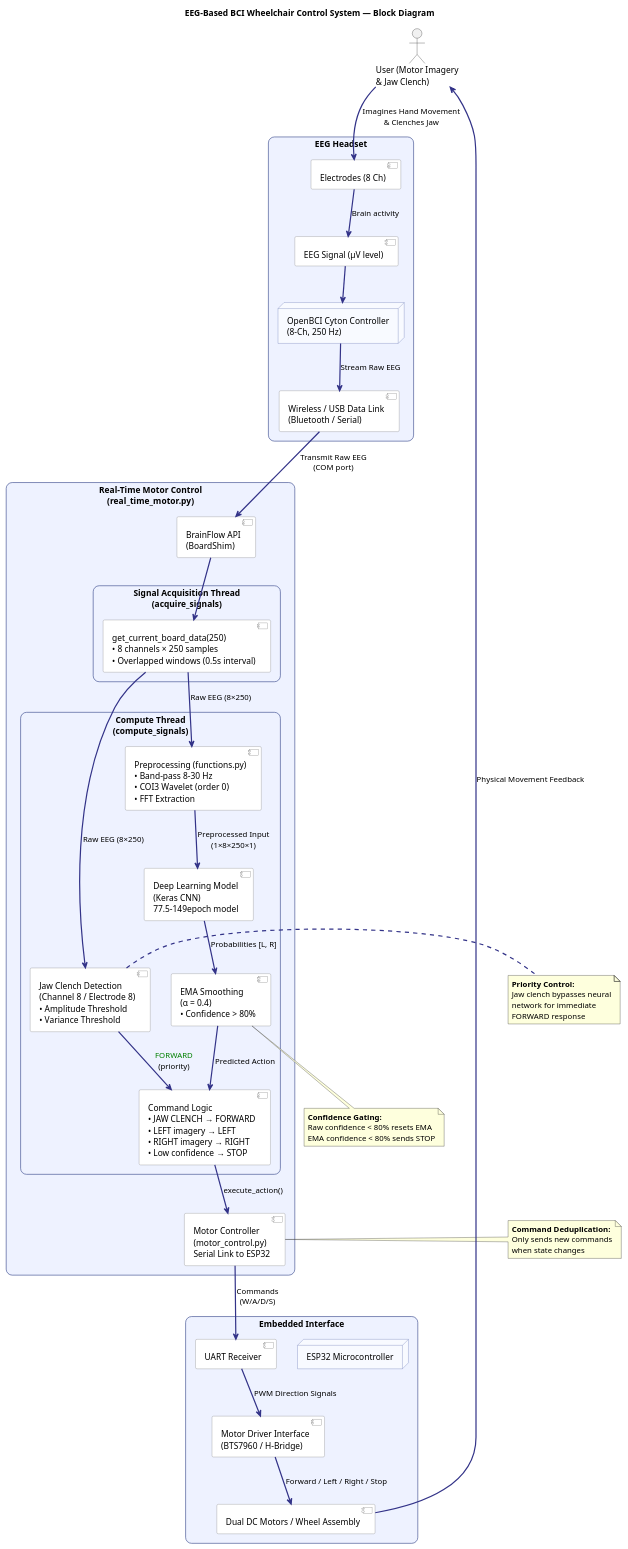
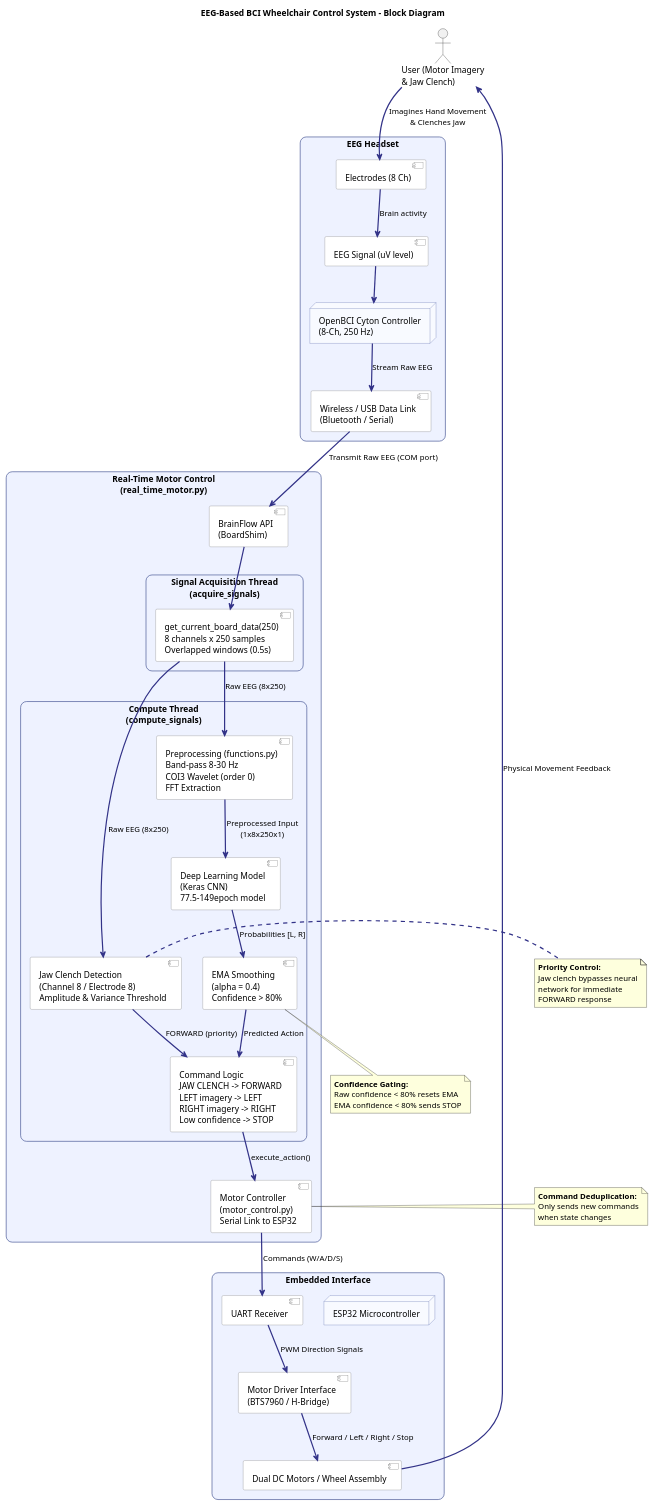
Before and after one commit to GreyMyers/EEG-Neural-Network: the diagram in docs/flow.puml, drawn with PlantUML.

```diff
--- a/docs/flow.puml
+++ b/docs/flow.puml
@@ -1,103 +1,103 @@
-@startuml
-title EEG-Based BCI Wheelchair Control System — Block Diagram
+@startuml name
+title EEG-Based BCI Wheelchair Control System - Block Diagram
 
 skinparam rectangle {
   BackgroundColor #EEF2FF
   BorderColor #334488
   RoundCorner 20
 }
 skinparam node {
   BackgroundColor #F8FAFF
   BorderColor #5566AA
   RoundCorner 15
 }
 skinparam component {
   BackgroundColor #FFFFFF
   BorderColor #777777
 }
 skinparam arrow {
   Thickness 2
   Color #333388
 }
 
 actor "User (Motor Imagery\n& Jaw Clench)" as User
 
 rectangle "EEG Headset" as Headset {
   component "Electrodes (8 Ch)" as Electrodes
   node "OpenBCI Cyton Controller\n(8-Ch, 250 Hz)" as Cyton
   component "Wireless / USB Data Link\n(Bluetooth / Serial)" as Comms
-  component "EEG Signal (μV level)" as EEG
+  component "EEG Signal (uV level)" as EEG
 
   ' Data flow inside the headset
   Electrodes --> EEG : Brain activity
   EEG --> Cyton
   Cyton --> Comms : Stream Raw EEG
 }
 
 rectangle "Real-Time Motor Control\n(real_time_motor.py)" as PC {
   component "BrainFlow API\n(BoardShim)" as Brainflow
   
   rectangle "Signal Acquisition Thread\n(acquire_signals)" as AcqThread {
-    component "get_current_board_data(250)\n• 8 channels × 250 samples\n• Overlapped windows (0.5s interval)" as DataBuffer
+    component "get_current_board_data(250)\n8 channels x 250 samples\nOverlapped windows (0.5s)" as DataBuffer
   }
   
   rectangle "Compute Thread\n(compute_signals)" as CompThread {
-    component "Jaw Clench Detection\n(Channel 8 / Electrode 8)\n• Amplitude Threshold\n• Variance Threshold" as JawDetect
+    component "Jaw Clench Detection\n(Channel 8 / Electrode 8)\nAmplitude & Variance Threshold" as JawDetect
     
-    component "Preprocessing (functions.py)\n• Band-pass 8–30 Hz\n• COI3 Wavelet (order 0)\n• FFT Extraction" as Preprocess
+    component "Preprocessing (functions.py)\nBand-pass 8-30 Hz\nCOI3 Wavelet (order 0)\nFFT Extraction" as Preprocess
     
     component "Deep Learning Model\n(Keras CNN)\n77.5-149epoch model" as Model
     
-    component "EMA Smoothing\n(α = 0.4)\n• Confidence > 80%" as EMA
+    component "EMA Smoothing\n(alpha = 0.4)\nConfidence > 80%" as EMA
     
-    component "Command Logic\n• JAW CLENCH → FORWARD\n• LEFT imagery → LEFT\n• RIGHT imagery → RIGHT\n• Low confidence → STOP" as CommandLogic
+    component "Command Logic\nJAW CLENCH -> FORWARD\nLEFT imagery -> LEFT\nRIGHT imagery -> RIGHT\nLow confidence -> STOP" as CommandLogic
   }
   
   component "Motor Controller\n(motor_control.py)\nSerial Link to ESP32" as MotorCtrl
   
   Brainflow --> DataBuffer
-  DataBuffer --> JawDetect : Raw EEG (8×250)
-  JawDetect --> CommandLogic : <color:green>FORWARD</color>\n(priority)
-  DataBuffer --> Preprocess : Raw EEG (8×250)
-  Preprocess --> Model : Preprocessed Input\n(1×8×250×1)
+  DataBuffer --> JawDetect : Raw EEG (8x250)
+  JawDetect --> CommandLogic : FORWARD (priority)
+  DataBuffer --> Preprocess : Raw EEG (8x250)
+  Preprocess --> Model : Preprocessed Input\n(1x8x250x1)
   Model --> EMA : Probabilities [L, R]
   EMA --> CommandLogic : Predicted Action
   CommandLogic --> MotorCtrl : execute_action()
 }
 
 rectangle "Embedded Interface" as ESP {
   node "ESP32 Microcontroller" as MCU
   component "UART Receiver" as UART
   component "Motor Driver Interface\n(BTS7960 / H-Bridge)" as MotorIF
   component "Dual DC Motors / Wheel Assembly" as Motors
 
-  MotorCtrl --> UART : Commands\n(W/A/D/S)
+  MotorCtrl --> UART : Commands (W/A/D/S)
   UART --> MotorIF : PWM Direction Signals
   MotorIF --> Motors : Forward / Left / Right / Stop
 }
 
 ' --- Flow Connections ---
 User --> Electrodes : Imagines Hand Movement\n& Clenches Jaw
-Comms --> Brainflow : Transmit Raw EEG\n(COM port)
+Comms --> Brainflow : Transmit Raw EEG (COM port)
 Motors --> User : Physical Movement Feedback
 
 note right of JawDetect
   **Priority Control:**
   Jaw clench bypasses neural
   network for immediate
   FORWARD response
 end note
 
 note bottom of EMA
   **Confidence Gating:**
   Raw confidence < 80% resets EMA
   EMA confidence < 80% sends STOP
 end note
 
 note right of MotorCtrl
   **Command Deduplication:**
   Only sends new commands
   when state changes
 end note
 
 @enduml
```
